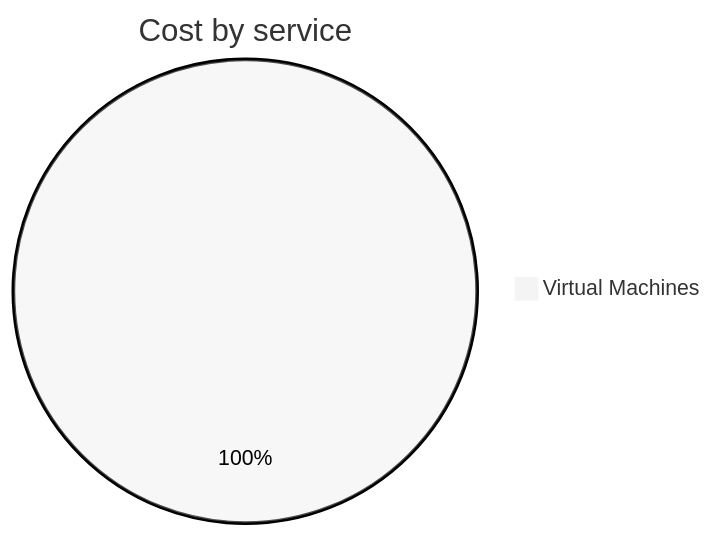
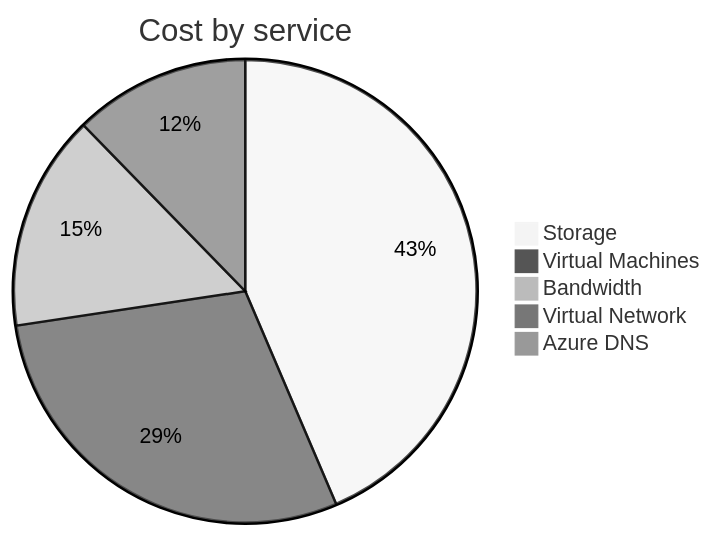
The second of 4 diagrams in cost-reports/personal-network/README.md (jpfulton/azure-personal-reports), drawn with Mermaid (neutral theme) before and after one commit. The commit also changed other lines of this file and 8 other files, not shown here.

````diff
--- a/cost-reports/personal-network/README.md
+++ b/cost-reports/personal-network/README.md
@@ -95,5 +99,9 @@
 ```mermaid
 pie
    title Cost by service
-   "Virtual Machines" : 0.09
+   "Storage" : 0.78
+   "Virtual Machines" : 0.52
+   "Bandwidth" : 0.27
+   "Virtual Network" : 0.22
+   "Azure DNS" : 0.01
 ```
````
